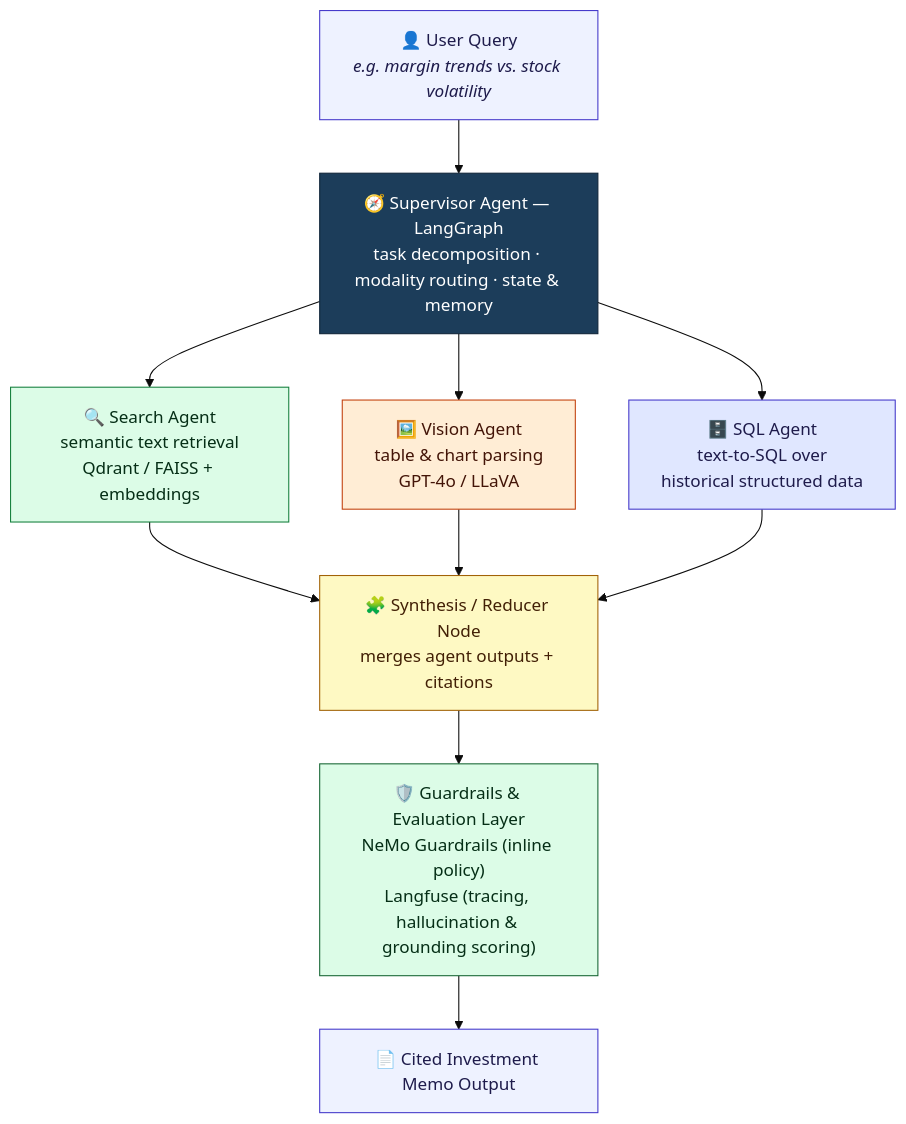
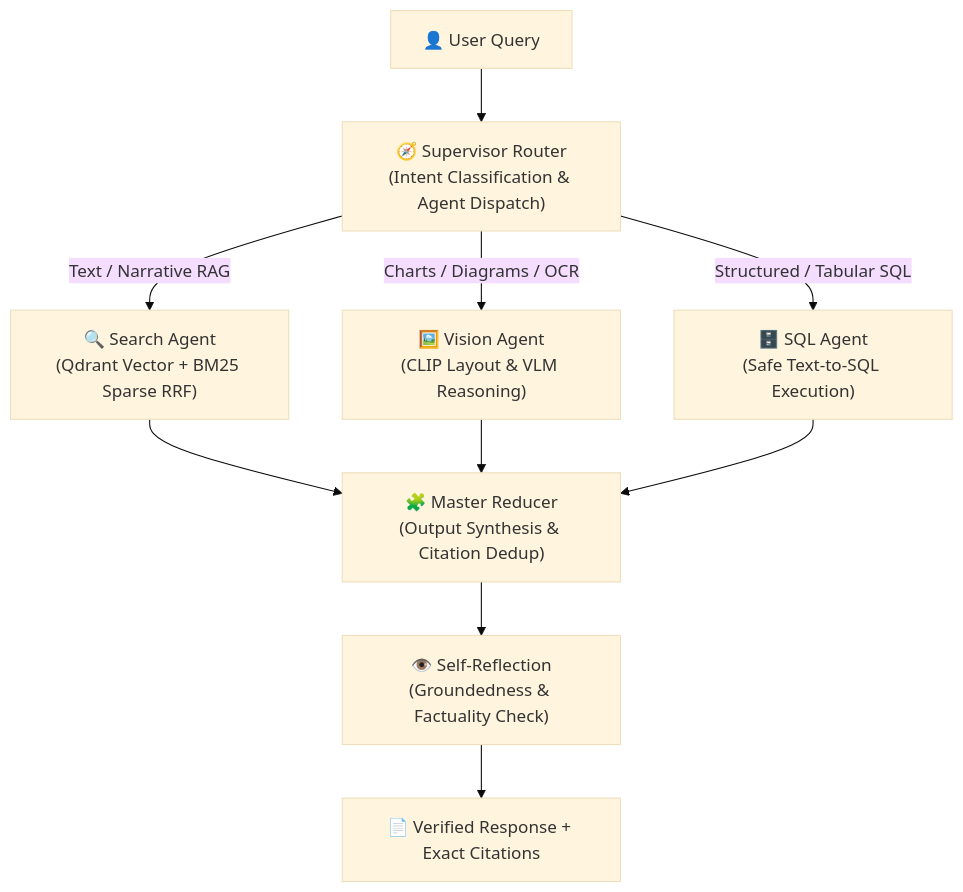
Before and after one commit to Adityacoderrrr/omnibrain: the first of 2 diagrams in README.md, drawn with Mermaid (base theme). The commit also changed other lines of this file and 13 other files, not shown here.

Commit message:
feat: complete multi-agent RAG orchestrator, hybrid search, observability and E2E integration tests

````diff
--- a/README.md
+++ b/README.md
@@ -92,27 +47,15 @@
 ```mermaid
 flowchart TD
-    U["👤 User Query<br/><i>e.g. margin trends vs. stock volatility</i>"] --> S
-
-    S["🧭 Supervisor Agent — LangGraph<br/>task decomposition · modality routing · state & memory"]
-
-    S --> SA["🔍 Search Agent<br/>semantic text retrieval<br/>Qdrant / FAISS + embeddings"]
-    S --> VA["🖼️ Vision Agent<br/>table & chart parsing<br/>GPT-4o / LLaVA"]
-    S --> QA["🗄️ SQL Agent<br/>text-to-SQL over<br/>historical structured data"]
-
-    SA --> R["🧩 Synthesis / Reducer Node<br/>merges agent outputs + citations"]
-    VA --> R
-    QA --> R
-
-    R --> G["🛡️ Guardrails & Evaluation Layer<br/>NeMo Guardrails (inline policy)<br/>Langfuse (tracing, hallucination &amp; grounding scoring)"]
-
-    G --> O["📄 Cited Investment Memo Output"]
-
-    style U fill:#eef2ff,stroke:#4338ca,color:#1e1b4b
-    style S fill:#1c3d5a,stroke:#0f2438,color:#ffffff
-    style SA fill:#dcfce7,stroke:#15803d,color:#052e16
-    style VA fill:#ffedd5,stroke:#c2410c,color:#431407
-    style QA fill:#e0e7ff,stroke:#4338ca,color:#1e1b4b
-    style R fill:#fef9c3,stroke:#a16207,color:#422006
-    style G fill:#dcfce7,stroke:#166534,color:#052e16
-    style O fill:#eef2ff,stroke:#4338ca,color:#1e1b4b
+    UQ["👤 User Query"] --> SUP["🧭 Supervisor Router<br/>(Intent Classification & Agent Dispatch)"]
+    
+    SUP -->|Text / Narrative RAG| SA["🔍 Search Agent<br/>(Qdrant Vector + BM25 Sparse RRF)"]
+    SUP -->|Charts / Diagrams / OCR| VA["🖼️ Vision Agent<br/>(CLIP Layout & VLM Reasoning)"]
+    SUP -->|Structured / Tabular SQL| QA["🗄️ SQL Agent<br/>(Safe Text-to-SQL Execution)"]
+    
+    SA --> RED["🧩 Master Reducer<br/>(Output Synthesis & Citation Dedup)"]
+    VA --> RED
+    QA --> RED
+    
+    RED --> REF["👁️ Self-Reflection<br/>(Groundedness & Factuality Check)"]
+    REF --> RESP["📄 Verified Response + Exact Citations"]
 ```
````
